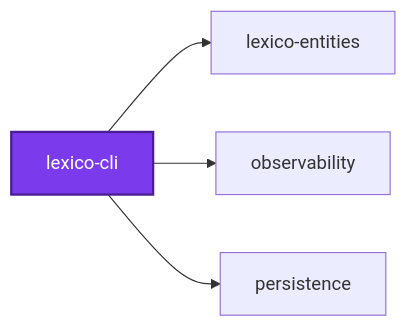
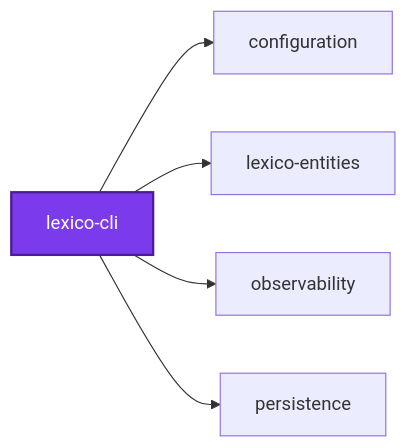
Before and after one commit to organizzolini/codebase: the first of 3 diagrams in projects/lexico/lexico-cli/README.md, drawn with Mermaid. The commit also changed 183 other files, not shown here.

````diff
--- a/projects/lexico/lexico-cli/README.md
+++ b/projects/lexico/lexico-cli/README.md
@@ -855,12 +855,14 @@
 ```mermaid
 graph LR
+  configuration["configuration"]
   lexico_cli["lexico-cli"]
   lexico_entities["lexico-entities"]
   observability["observability"]
   persistence["persistence"]
+  lexico_cli --> configuration
   lexico_cli --> lexico_entities
   lexico_cli --> observability
   lexico_cli --> persistence
   classDef subject fill:#7c3aed,color:#fff,stroke:#4c1d95,stroke-width:2px
   class lexico_cli subject
 ```
````
